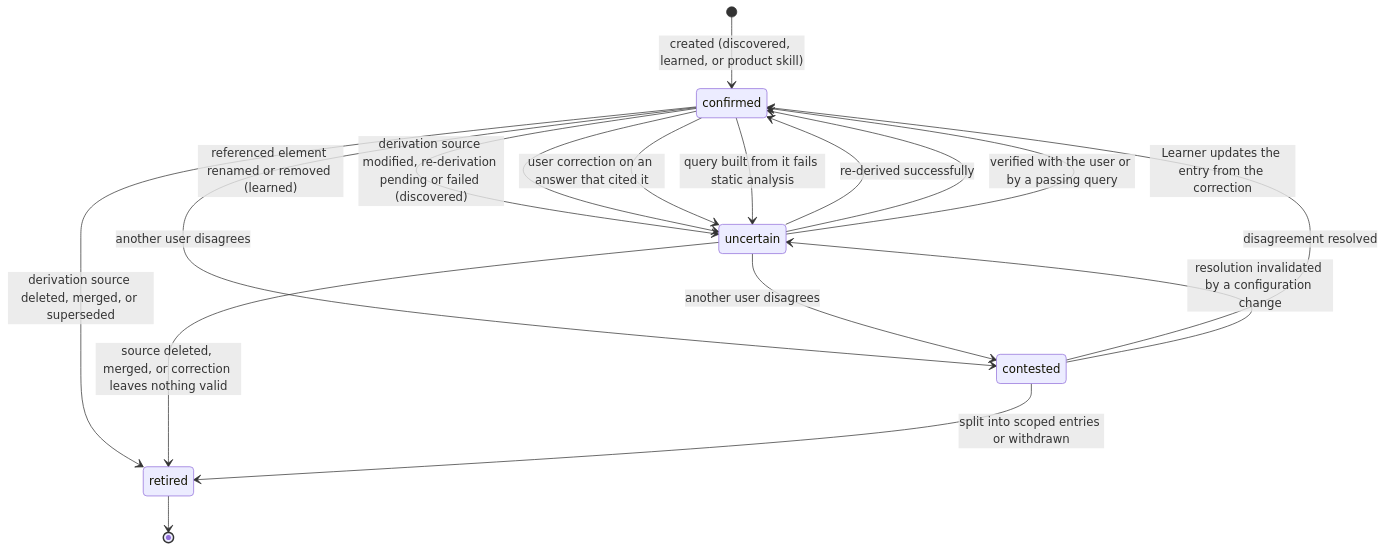
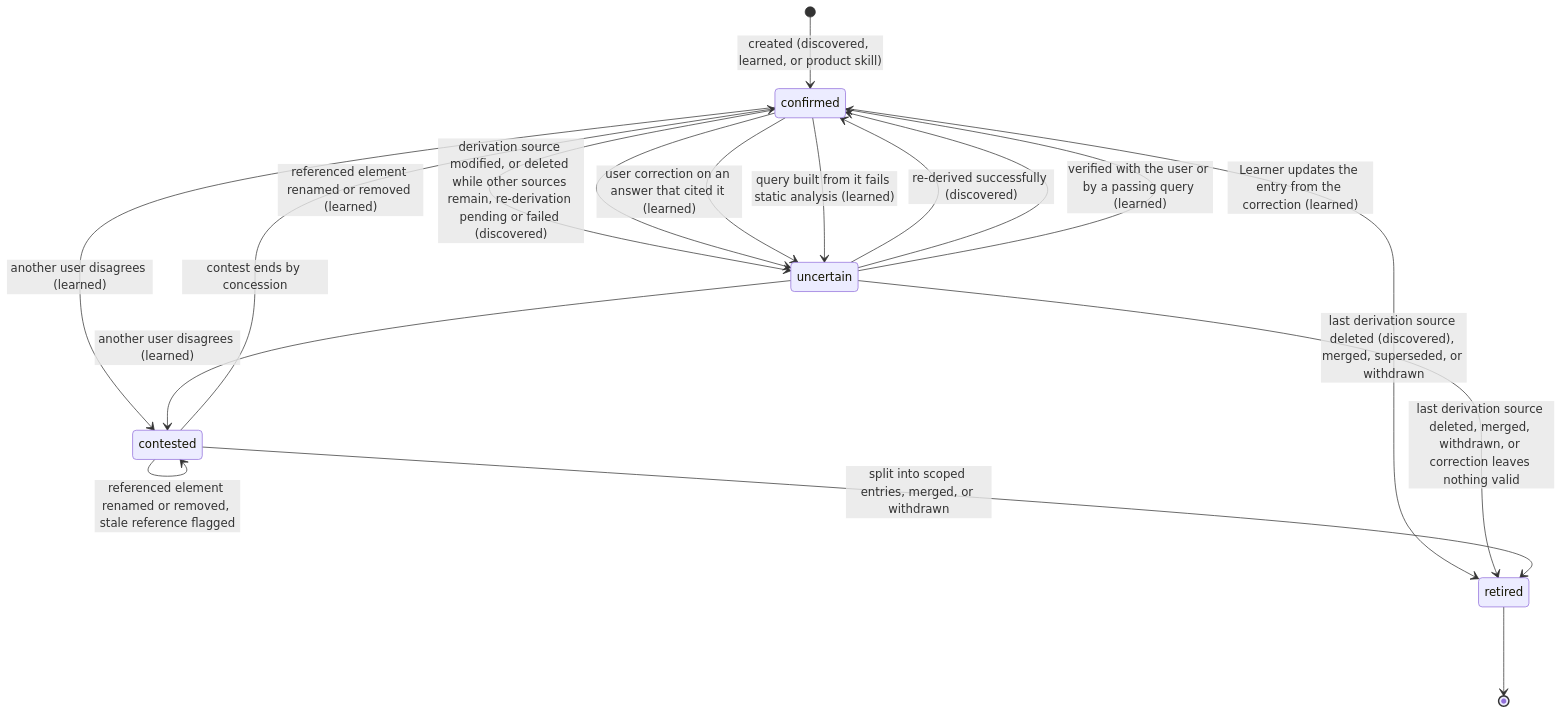
One commit to omkarbhale/aras-insight changed the first of 3 diagrams in docs/specs/knowledge-and-learning.md. Above: the diagram before and after it, drawn with Mermaid. The commit also changed other lines of this file and 99 other files, not shown here.

````diff
--- a/docs/specs/knowledge-and-learning.md
+++ b/docs/specs/knowledge-and-learning.md
@@ -160,19 +204,19 @@
 ```mermaid
 stateDiagram-v2
     [*] --> confirmed: created (discovered, learned, or product skill)
     confirmed --> uncertain: referenced element renamed or removed (learned)
-    confirmed --> uncertain: derivation source modified, re-derivation pending or failed (discovered)
-    confirmed --> uncertain: user correction on an answer that cited it
-    confirmed --> uncertain: query built from it fails static analysis
-    uncertain --> confirmed: re-derived successfully
-    uncertain --> confirmed: verified with the user or by a passing query
-    uncertain --> confirmed: Learner updates the entry from the correction
-    confirmed --> contested: another user disagrees
-    uncertain --> contested: another user disagrees
-    contested --> confirmed: disagreement resolved
-    contested --> uncertain: resolution invalidated by a configuration change
-    confirmed --> retired: derivation source deleted, merged, or superseded
-    uncertain --> retired: source deleted, merged, or correction leaves nothing valid
-    contested --> retired: split into scoped entries or withdrawn
+    confirmed --> uncertain: derivation source modified, or deleted while other sources remain, re-derivation pending or failed (discovered)
+    confirmed --> uncertain: user correction on an answer that cited it (learned)
+    confirmed --> uncertain: query built from it fails static analysis (learned)
+    uncertain --> confirmed: re-derived successfully (discovered)
+    uncertain --> confirmed: verified with the user or by a passing query (learned)
+    uncertain --> confirmed: Learner updates the entry from the correction (learned)
+    confirmed --> contested: another user disagrees (learned)
+    uncertain --> contested: another user disagrees (learned)
+    contested --> confirmed: contest ends by concession
+    contested --> contested: referenced element renamed or removed, stale reference flagged
+    confirmed --> retired: last derivation source deleted (discovered), merged, superseded, or withdrawn
+    uncertain --> retired: last derivation source deleted, merged, withdrawn, or correction leaves nothing valid
+    contested --> retired: split into scoped entries, merged, or withdrawn
     retired --> [*]
 ```
````
